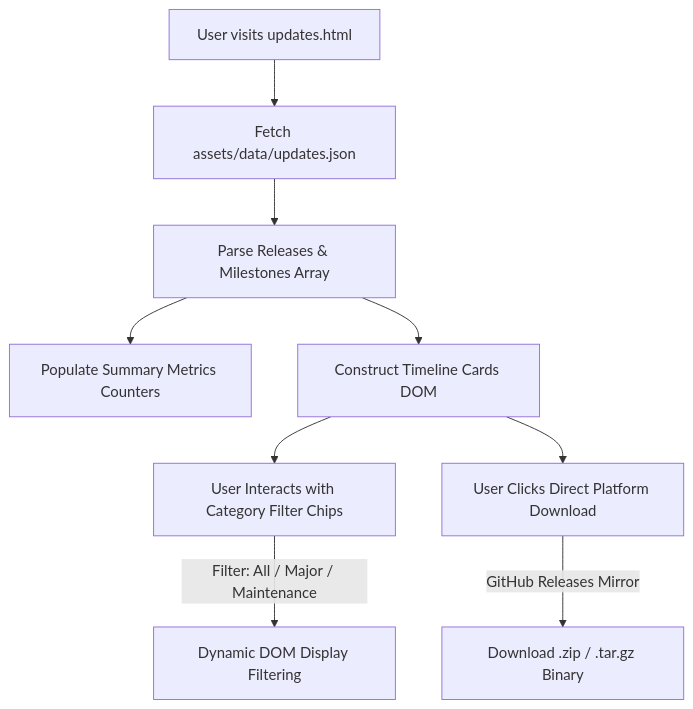
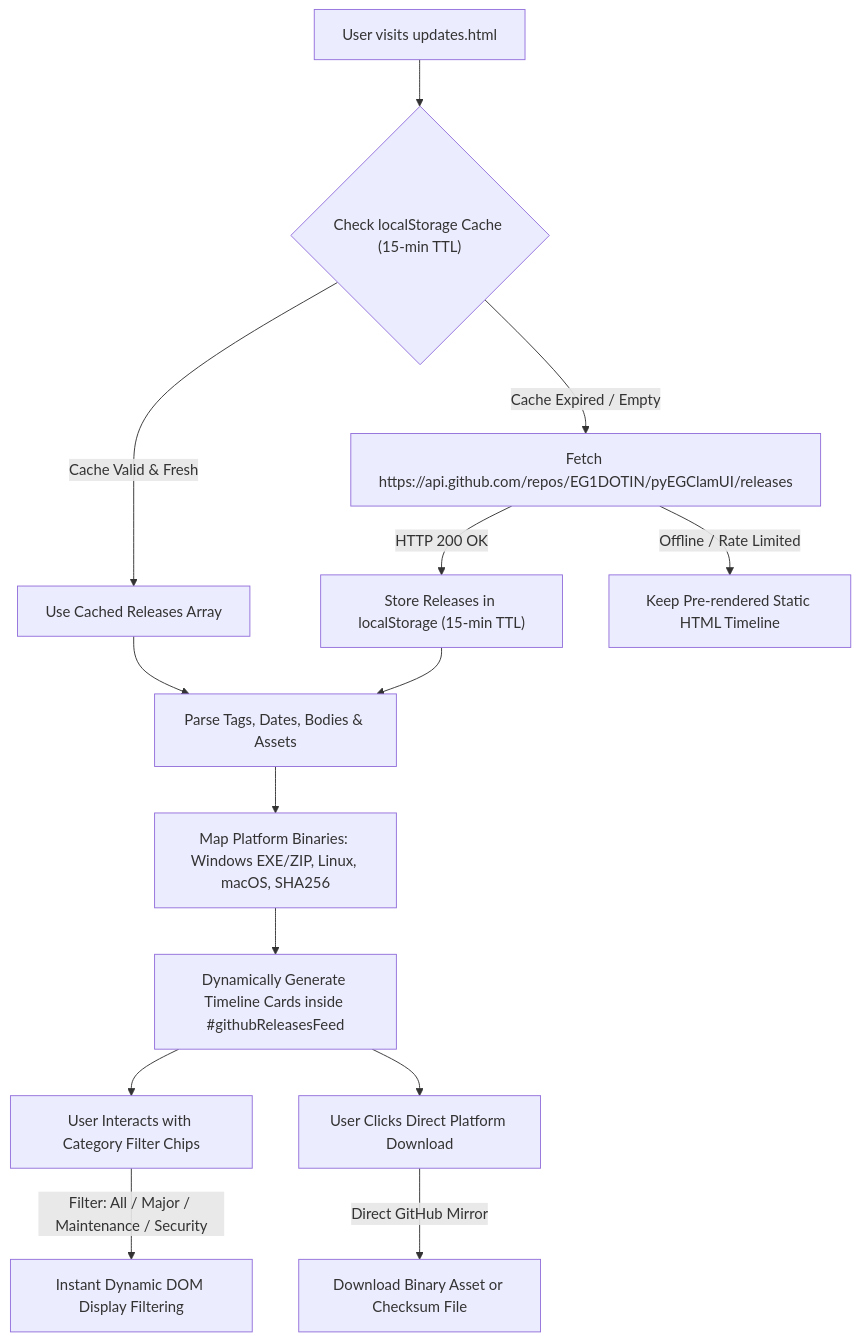
Before and after one commit to EG1DOTIN/av.eg1.in: the diagram in docs/updates-page.md, drawn with Mermaid. The commit also changed other lines of this file and 24 other files, not shown here.

First line of the commit message:
feat(sync): implement automated GitHub releases and documentation sync engine

````diff
--- a/docs/updates-page.md
+++ b/docs/updates-page.md
@@ -17,14 +20,22 @@
 ```mermaid
 flowchart TD
-    PageLoad["User visits updates.html"] --> FetchData["Fetch assets/data/updates.json"]
-    FetchData --> ParseJSON["Parse Releases & Milestones Array"]
+    PageLoad["User visits updates.html"] --> CheckCache{"Check localStorage Cache (15-min TTL)"}
     
-    ParseJSON --> RenderMetrics["Populate Summary Metrics Counters"]
-    ParseJSON --> RenderTimeline["Construct Timeline Cards DOM"]
+    CheckCache -->|"Cache Valid & Fresh"| RenderCached["Use Cached Releases Array"]
+    CheckCache -->|"Cache Expired / Empty"| FetchAPI["Fetch https://api.github.com/repos/EG1DOTIN/pyEGClamUI/releases"]
     
-    RenderTimeline --> FilterControls["User Interacts with Category Filter Chips"]
-    FilterControls -->|"Filter: All / Major / Maintenance"| UpdateView["Dynamic DOM Display Filtering"]
+    FetchAPI -->|"HTTP 200 OK"| SaveCache["Store Releases in localStorage (15-min TTL)"]
+    SaveCache --> ParseReleases["Parse Tags, Dates, Bodies & Assets"]
     
-    RenderTimeline --> DownloadAction["User Clicks Direct Platform Download"]
-    DownloadAction -->|"GitHub Releases Mirror"| BinaryDownload["Download .zip / .tar.gz Binary"]
+    FetchAPI -->|"Offline / Rate Limited"| StaticFallback["Keep Pre-rendered Static HTML Timeline"]
+    
+    RenderCached --> ParseReleases
+    ParseReleases --> MapAssets["Map Platform Binaries: Windows EXE/ZIP, Linux, macOS, SHA256"]
+    MapAssets --> RenderDOM["Dynamically Generate Timeline Cards inside #githubReleasesFeed"]
+    
+    RenderDOM --> FilterControls["User Interacts with Category Filter Chips"]
+    FilterControls -->|"Filter: All / Major / Maintenance / Security"| UpdateView["Instant Dynamic DOM Display Filtering"]
+    
+    RenderDOM --> DownloadAction["User Clicks Direct Platform Download"]
+    DownloadAction -->|"Direct GitHub Mirror"| BinaryDownload["Download Binary Asset or Checksum File"]
 ```
````
